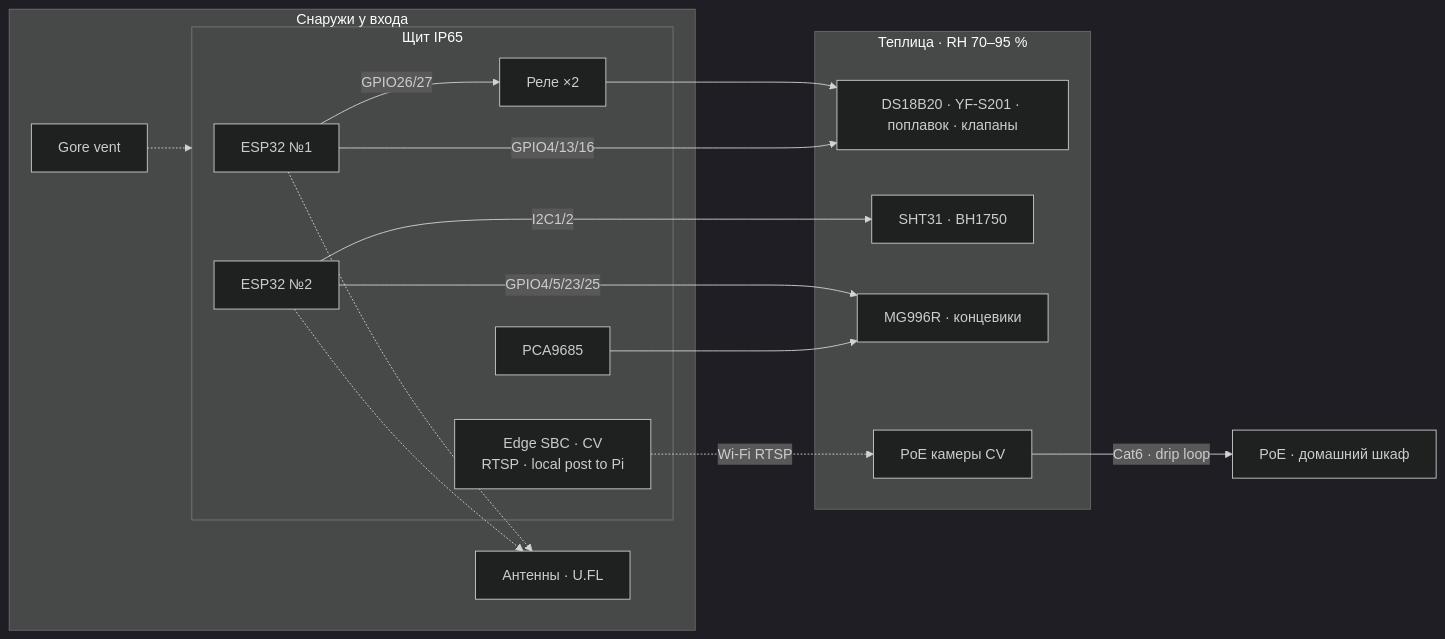
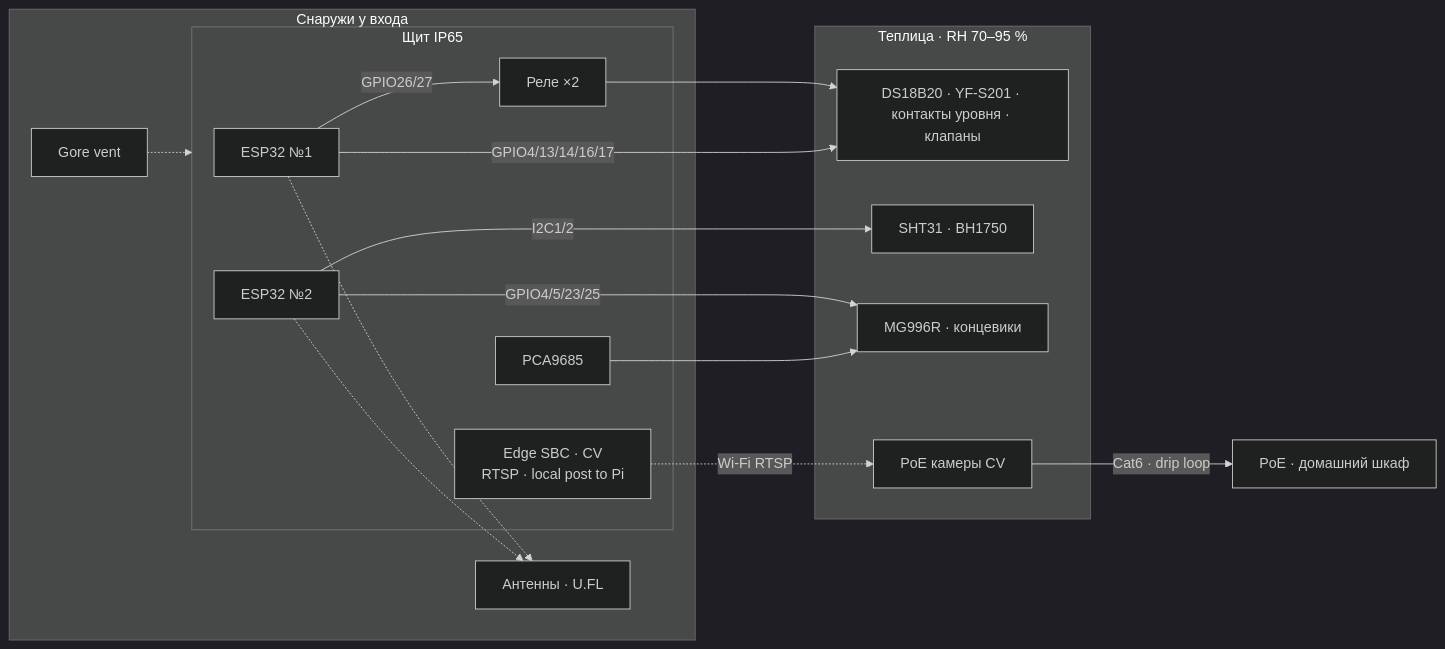
One commit to TiunovNN/smart-greenhouse changed the sixth of 6 diagrams in docs/04-esp32-and-cabinet.md. Above: the diagram before and after it, drawn with Mermaid (dark theme). The commit also changed other lines of this file and 12 other files, not shown here.

````diff
--- a/docs/04-esp32-and-cabinet.md
+++ b/docs/04-esp32-and-cabinet.md
@@ -381,33 +383,33 @@
 ```mermaid
 flowchart LR
   subgraph outdoor["Снаружи у входа"]
     subgraph shield["Щит IP65"]
       E1["ESP32 №1"]
       E2["ESP32 №2"]
       SBC["Edge SBC · CV<br/>RTSP · local post to Pi"]
       REL["Реле ×2"]
       PCA["PCA9685"]
     end
     ANT["Антенны · U.FL"]
     GORE["Gore vent"]
   end
 
   subgraph gh["Теплица · RH 70–95 %"]
-    HYDR["DS18B20 · YF-S201 · поплавок · клапаны"]
+    HYDR["DS18B20 · YF-S201 · контакты уровня · клапаны"]
     CLIM["SHT31 · BH1750"]
     WIN["MG996R · концевики"]
     CAM["PoE камеры CV"]
   end
 
   E1 -->|"GPIO26/27"| REL
   REL --> HYDR
-  E1 -->|"GPIO4/13/16"| HYDR
+  E1 -->|"GPIO4/13/14/16/17"| HYDR
   E2 -->|"I2C1/2"| CLIM
   E2 -->|"GPIO4/5/23/25"| WIN
   PCA --> WIN
   CAM -->|"Cat6 · drip loop"| POE["PoE · домашний шкаф"]
   SBC -.->|"Wi‑Fi RTSP"| CAM
   E1 -.-> ANT
   E2 -.-> ANT
   GORE -.-> shield
 ```
````
